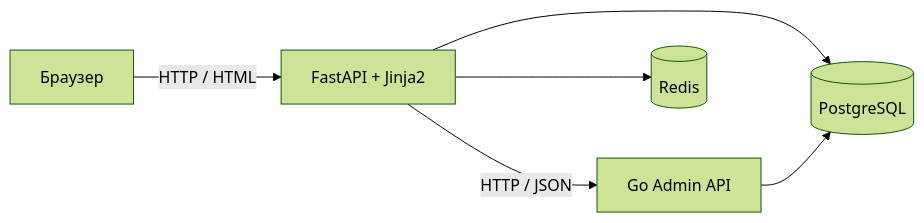
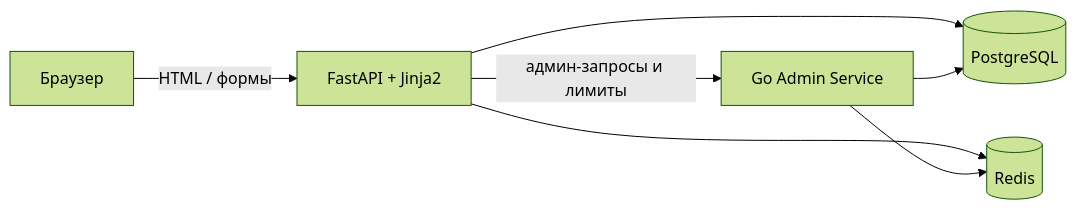
Before and after one commit to GeraPegov/medhub: the diagram in README.md, drawn with Mermaid (forest theme). The commit also changed other lines of this file and 19 other files, not shown here.

````diff
--- a/README.md
+++ b/README.md
@@ -25,8 +42,9 @@
 ```mermaid
 flowchart LR
-    Browser[Браузер] -->|HTTP / HTML| App[FastAPI + Jinja2]
-    App -->|HTTP / JSON| Admin[Go Admin API]
-    App --> Postgres[(PostgreSQL)]
-    App --> Redis[(Redis)]
-    Admin --> Postgres
+    Browser[Браузер] -->|HTML / формы| FastAPI[FastAPI + Jinja2]
+    FastAPI -->|админ-запросы и лимиты| Go[Go Admin Service]
+    FastAPI --> PostgreSQL[(PostgreSQL)]
+    FastAPI --> Redis[(Redis)]
+    Go --> PostgreSQL
+    Go --> Redis
 ```
````
